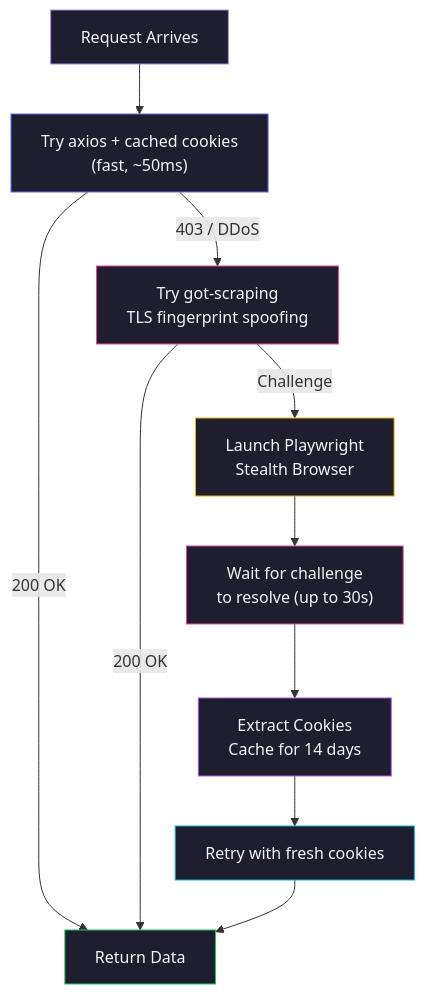
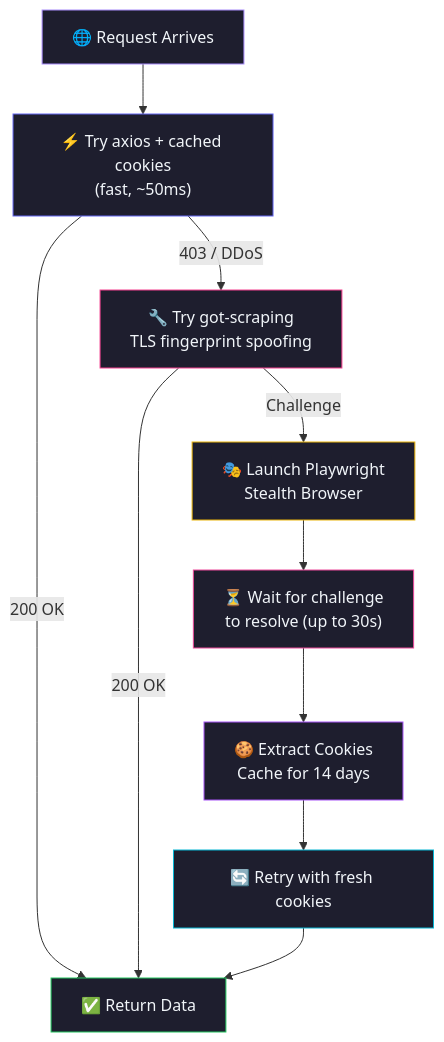
Before and after one commit to Shineii86/AnimePaheAPI: the third of 4 diagrams in README.md, drawn with Mermaid. The commit also changed other lines of this file, not shown here.

Commit message:
docs: upgrade README to exact MiruroAPI style with emojis, import axios examples, Star History, Debug Mode, Data Sources, and full parity

````diff
--- a/README.md
+++ b/README.md
@@ -258,21 +277,21 @@
 ```mermaid
 flowchart TD
-    A["Request Arrives"] --> B["Try axios + cached cookies<br/>(fast, ~50ms)"]
-    B -- 200 OK --> C["Return Data"]
-    B -- 403 / DDoS --> D["Try got-scraping<br/>TLS fingerprint spoofing"]
+    A["🌐 Request Arrives"] --> B["⚡ Try axios + cached cookies<br/>(fast, ~50ms)"]
+    B -- 200 OK --> C["✅ Return Data"]
+    B -- 403 / DDoS --> D["🔧 Try got-scraping<br/>TLS fingerprint spoofing"]
     D -- 200 OK --> C
-    D -- Challenge --> E["Launch Playwright<br/>Stealth Browser"]
-    E --> F["Wait for challenge<br/>to resolve (up to 30s)"]
-    F --> G["Extract Cookies<br/>Cache for 14 days"]
-    G --> H["Retry with fresh cookies"]
+    D -- Challenge --> E["🎭 Launch Playwright<br/>Stealth Browser"]
+    E --> F["⏳ Wait for challenge<br/>to resolve (up to 30s)"]
+    F --> G["🍪 Extract Cookies<br/>Cache for 14 days"]
+    G --> H["🔄 Retry with fresh cookies"]
     H --> C
 
     style A fill:#1e1e2e,stroke:#a78bfa,color:#f1f5f9
     style B fill:#1e1e2e,stroke:#6366f1,color:#f1f5f9
     style C fill:#1e1e2e,stroke:#22c55e,color:#f1f5f9
     style D fill:#1e1e2e,stroke:#f43f8e,color:#f1f5f9
     style E fill:#1e1e2e,stroke:#eab308,color:#f1f5f9
     style F fill:#1e1e2e,stroke:#ec4899,color:#f1f5f9
     style G fill:#1e1e2e,stroke:#a855f7,color:#f1f5f9
     style H fill:#1e1e2e,stroke:#06b6d4,color:#f1f5f9
 ```
````
